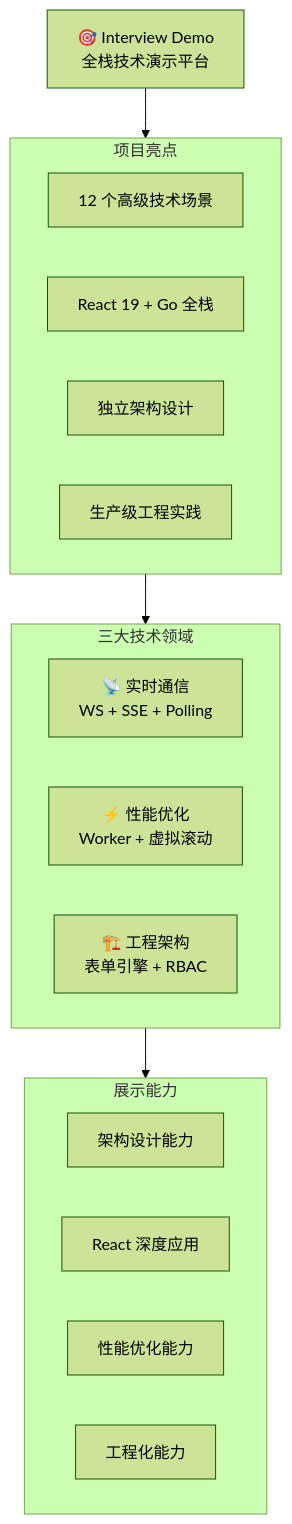
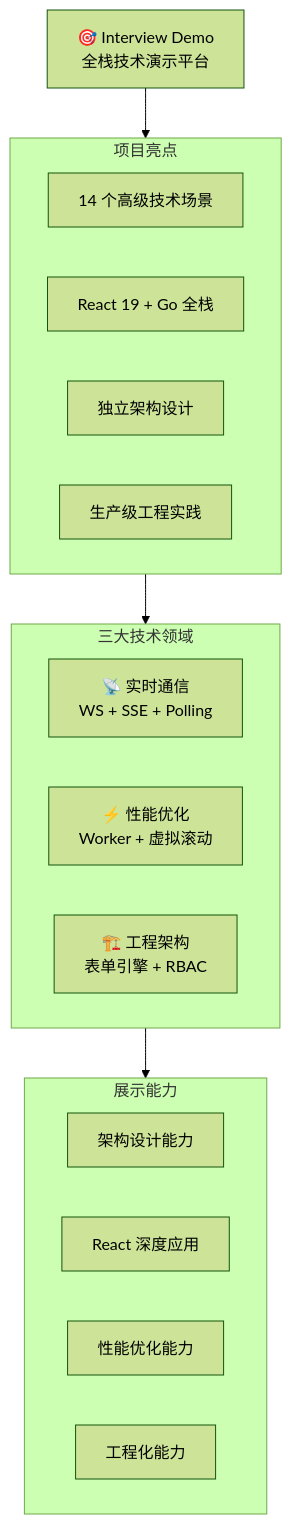
Before and after one commit to KMaybe01/interview-demo: the first of 46 diagrams in docs/面试亮点.md, drawn with Mermaid (forest theme). The commit also changed other lines of this file and 42 other files, not shown here.

````diff
--- a/docs/面试亮点.md
+++ b/docs/面试亮点.md
@@ -5,26 +5,26 @@
 ```mermaid
 graph TB
     Title["🎯 Interview Demo<br/>全栈技术演示平台"]
 
     subgraph Highlights["项目亮点"]
-        H1["12 个高级技术场景"]
+        H1["14 个高级技术场景"]
         H2["React 19 + Go 全栈"]
         H3["独立架构设计"]
         H4["生产级工程实践"]
     end
 
     subgraph Domains["三大技术领域"]
         D1["📡 实时通信<br/>WS + SSE + Polling"]
         D2["⚡ 性能优化<br/>Worker + 虚拟滚动"]
         D3["🏗️ 工程架构<br/>表单引擎 + RBAC"]
     end
 
     subgraph Skills["展示能力"]
         S1["架构设计能力"]
         S2["React 深度应用"]
         S3["性能优化能力"]
         S4["工程化能力"]
     end
 
     Title --> Highlights --> Domains --> Skills
 ```
````
